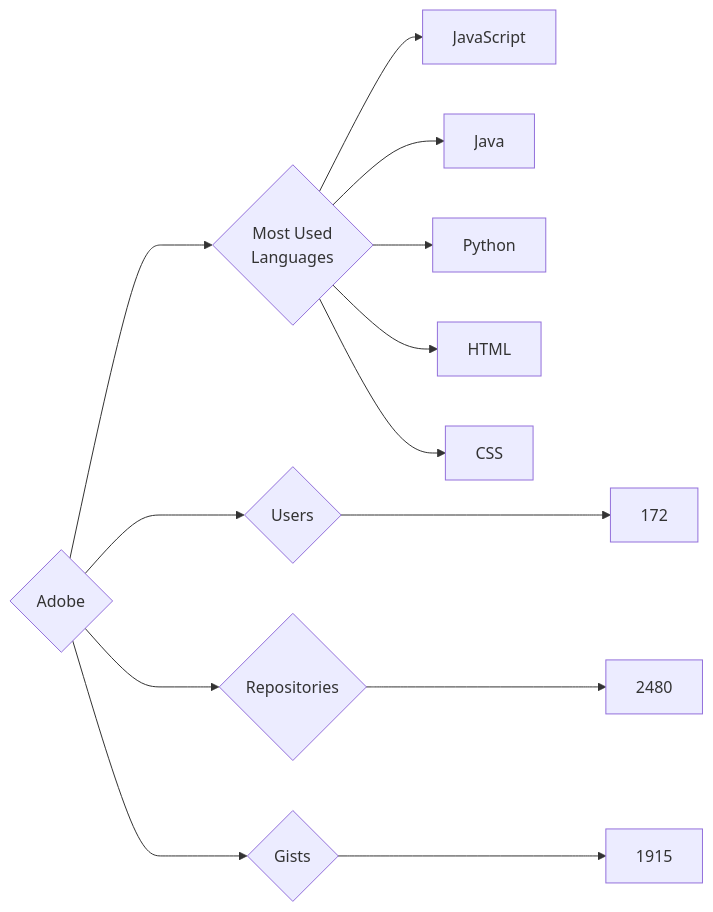
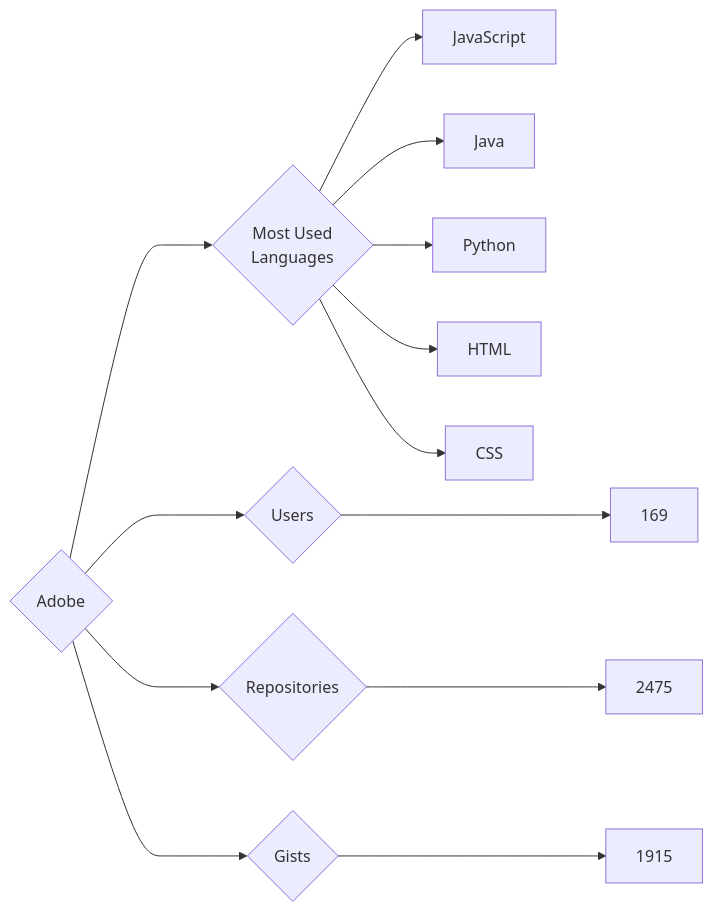
One commit to trickest/insiders changed the diagram in targets/Adobe/README.md. Above: the diagram before and after it, drawn with Mermaid. The commit also changed 860 other files, not shown here.

````diff
--- a/targets/Adobe/README.md
+++ b/targets/Adobe/README.md
@@ -3,13 +3,13 @@
 ```mermaid
 graph LR
 COMPANY_NAME{Adobe}
-COMPANY_NAME ---> U{Users} ---> UN[172]
-COMPANY_NAME ---> R{Repositories} ---> RN[2480]
+COMPANY_NAME ---> U{Users} ---> UN[169]
+COMPANY_NAME ---> R{Repositories} ---> RN[2475]
 COMPANY_NAME ---> G{Gists} ---> GN[1915]
 COMPANY_NAME ---> ML{Most Used<br>Languages}
 ML --> JavaScript[JavaScript]
 ML --> Java[Java]
 ML --> Python[Python]
 ML --> HTML[HTML]
 ML --> CSS[CSS]
 ```
````
